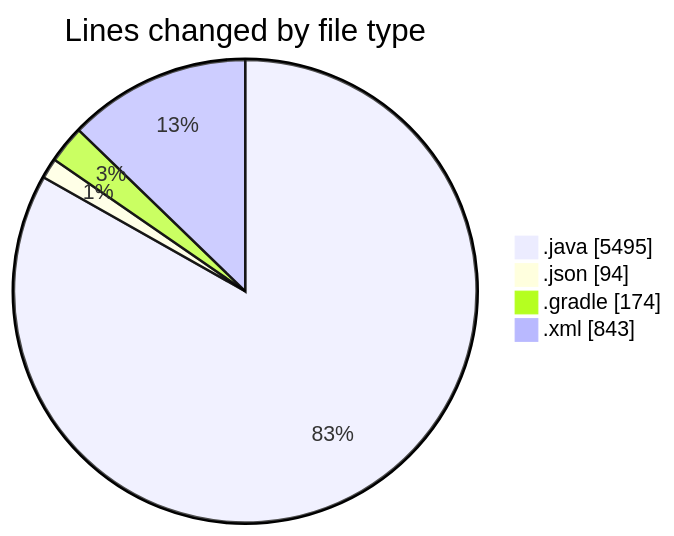
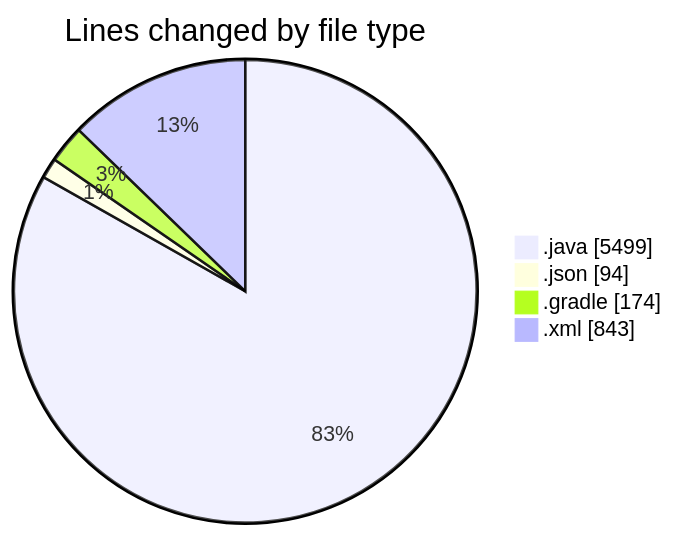
Before and after one commit to charlie-sans/code-tracking: the first of 2 diagrams in 2025-02-22/micros/README.md, drawn with Mermaid. The commit also changed other lines of this file and 1 other file, not shown here.

````diff
--- a/2025-02-22/micros/README.md
+++ b/2025-02-22/micros/README.md
@@ -61,8 +61,8 @@
 ```mermaid
 pie showData
 title Lines changed by file type
-".java" : 5495
+".java" : 5499
 ".json" : 94
 ".gradle" : 174
 ".xml" : 843
 ```
````
